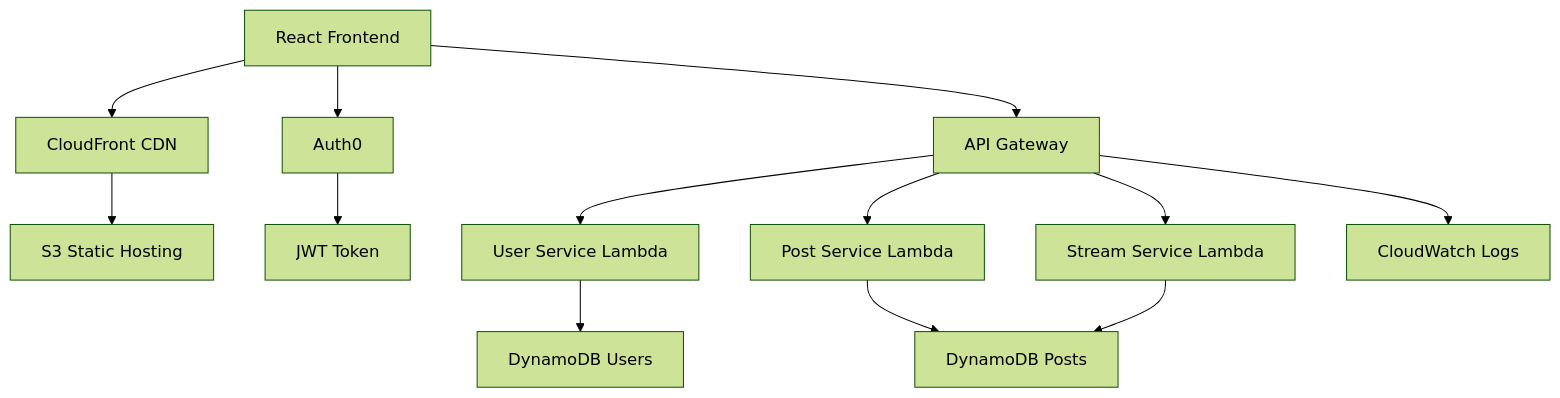
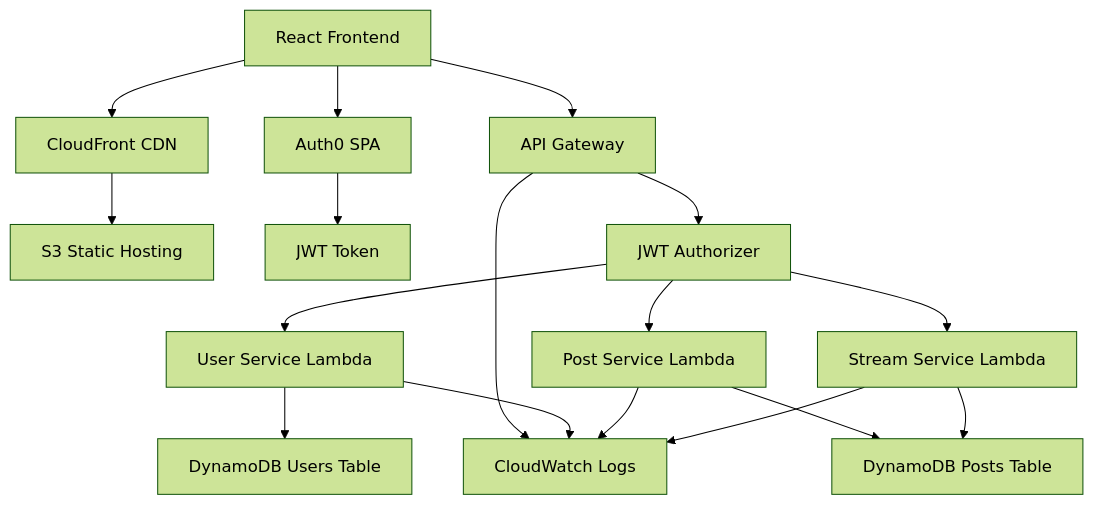
Before and after one commit to SantiagoAmaya21/TDSE-Microservicios: the second of 3 diagrams in README.md, drawn with Mermaid (forest theme). The commit also changed other lines of this file and 1 other file, not shown here.

````diff
--- a/README.md
+++ b/README.md
@@ -141,19 +64,23 @@
 ```mermaid
 graph TD
     A[React Frontend] --> B[CloudFront CDN]
     B --> C[S3 Static Hosting]
-
-    A --> D[Auth0]
+    
+    A --> D[Auth0 SPA]
     D --> E[JWT Token]
-
+    
     A --> F[API Gateway]
-    F --> G[User Service Lambda]
-    F --> H[Post Service Lambda]
-    F --> I[Stream Service Lambda]
-
-    G --> J[DynamoDB Users]
-    H --> K[DynamoDB Posts]
-    I --> K
-
-    F --> L[CloudWatch Logs]
+    F --> G[JWT Authorizer]
+    G --> H[User Service Lambda]
+    G --> I[Post Service Lambda]
+    G --> J[Stream Service Lambda]
+    
+    H --> K[DynamoDB Users Table]
+    I --> L[DynamoDB Posts Table]
+    J --> L
+    
+    F --> M[CloudWatch Logs]
+    H --> M
+    I --> M
+    J --> M
 ```
````
